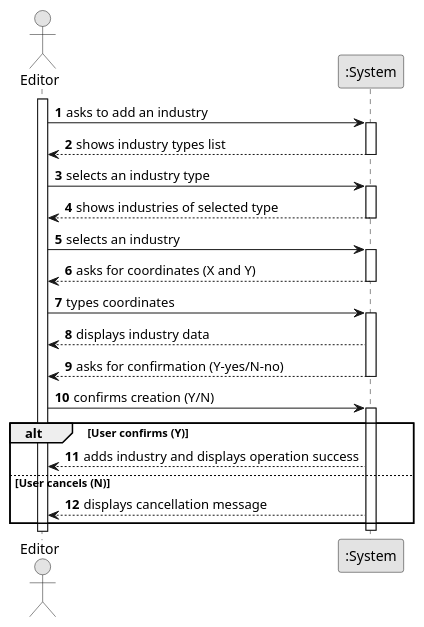
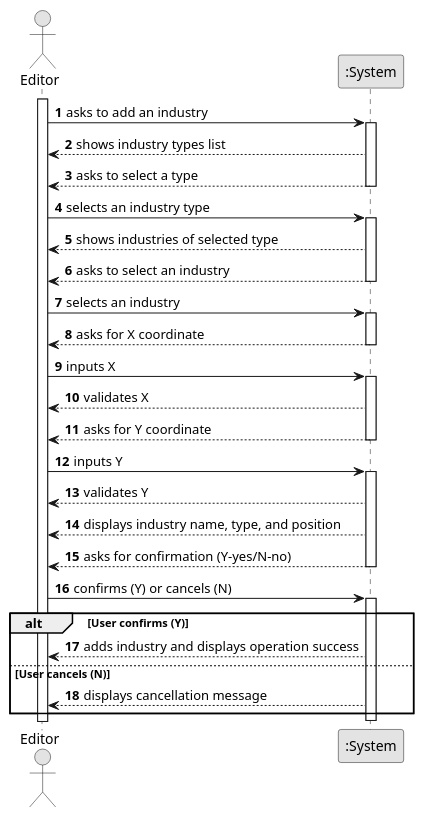
Before and after one commit to bruno-monteiro5/sem2-pi-24.25-g132-repo: the diagram in docs/system-documentation/US002/01.requirements-engineering/puml/US002-SSD.puml, drawn with PlantUML. The commit also changed 10 other files, not shown here.

```diff
--- a/docs/system-documentation/US002/01.requirements-engineering/puml/US002-SSD.puml
+++ b/docs/system-documentation/US002/01.requirements-engineering/puml/US002-SSD.puml
@@ -1,48 +1,56 @@
 @startuml
 skinparam monochrome true
 skinparam packageStyle rectangle
 skinparam shadowing false
 
 autonumber
 
 actor "Editor" as Editor
 participant ":System" as System
 
 activate Editor
 
     Editor -> System : asks to add an industry
     activate System
 
         System --> Editor : shows industry types list
+        System --> Editor : asks to select a type
     deactivate System
 
     Editor -> System : selects an industry type
     activate System
 
         System --> Editor : shows industries of selected type
+        System --> Editor : asks to select an industry
     deactivate System
 
     Editor -> System : selects an industry
     activate System
 
-        System --> Editor : asks for coordinates (X and Y)
+        System --> Editor : asks for X coordinate
     deactivate System
 
-    Editor -> System : types coordinates
+    Editor -> System : inputs X
     activate System
+        System --> Editor : validates X
+        System --> Editor : asks for Y coordinate
+    deactivate System
 
-        System --> Editor : displays industry data
+    Editor -> System : inputs Y
+    activate System
+        System --> Editor : validates Y
+        System --> Editor : displays industry name, type, and position
         System --> Editor : asks for confirmation (Y-yes/N-no)
     deactivate System
 
-    Editor -> System : confirms creation (Y/N)
+    Editor -> System : confirms (Y) or cancels (N)
     activate System
 
     alt User confirms (Y)
         System --> Editor : adds industry and displays operation success
     else User cancels (N)
         System --> Editor : displays cancellation message
     end
 
     deactivate System
 @enduml
```
